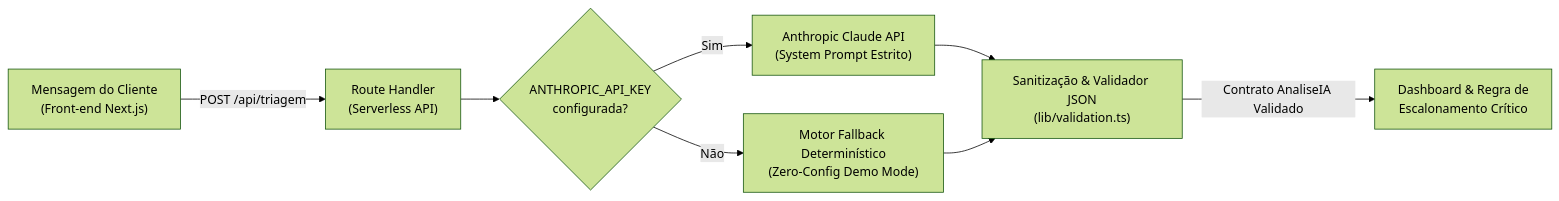
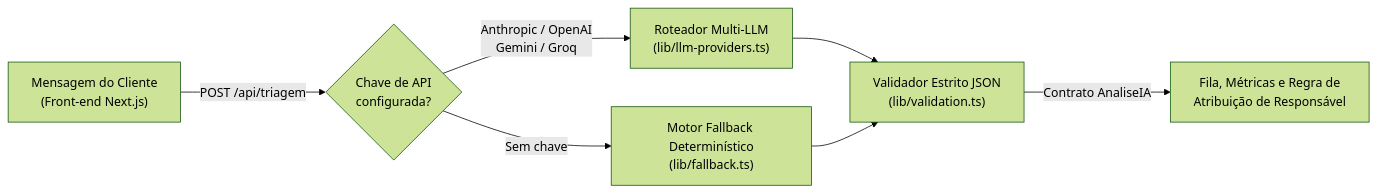
Before and after one commit to ticiacruzcosta/triagem-inteligente: the diagram in README.md, drawn with Mermaid (forest theme). The commit also changed other lines of this file, not shown here.

Commit message:
docs: enxuga repeticoes e sincroniza README com abas dedicadas, Multi-LLM e atribuicao de responsavel

````diff
--- a/README.md
+++ b/README.md
@@ -49,10 +47,9 @@
 ```mermaid
 flowchart LR
-    A["Mensagem do Cliente\n(Front-end Next.js)"] -->|POST /api/triagem| B["Route Handler\n(Serverless API)"]
-    B --> C{"ANTHROPIC_API_KEY\nconfigurada?"}
-    C -->|Sim| D["Anthropic Claude API\n(System Prompt Estrito)"]
-    C -->|Não| E["Motor Fallback Determinístico\n(Zero-Config Demo Mode)"]
-    D --> F["Sanitização & Validador JSON\n(lib/validation.ts)"]
-    E --> F
-    F -->|Contrato AnaliseIA Validado| G["Dashboard & Regra de\nEscalonamento Crítico"]
+    A["Mensagem do Cliente\n(Front-end Next.js)"] -->|POST /api/triagem| B{"Chave de API\nconfigurada?"}
+    B -->|Anthropic / OpenAI\nGemini / Groq| C["Roteador Multi-LLM\n(lib/llm-providers.ts)"]
+    B -->|Sem chave| D["Motor Fallback Determinístico\n(lib/fallback.ts)"]
+    C --> E["Validador Estrito JSON\n(lib/validation.ts)"]
+    D --> E
+    E -->|Contrato AnaliseIA| F["Fila, Métricas e Regra de\nAtribuição de Responsável"]
 ```
````
